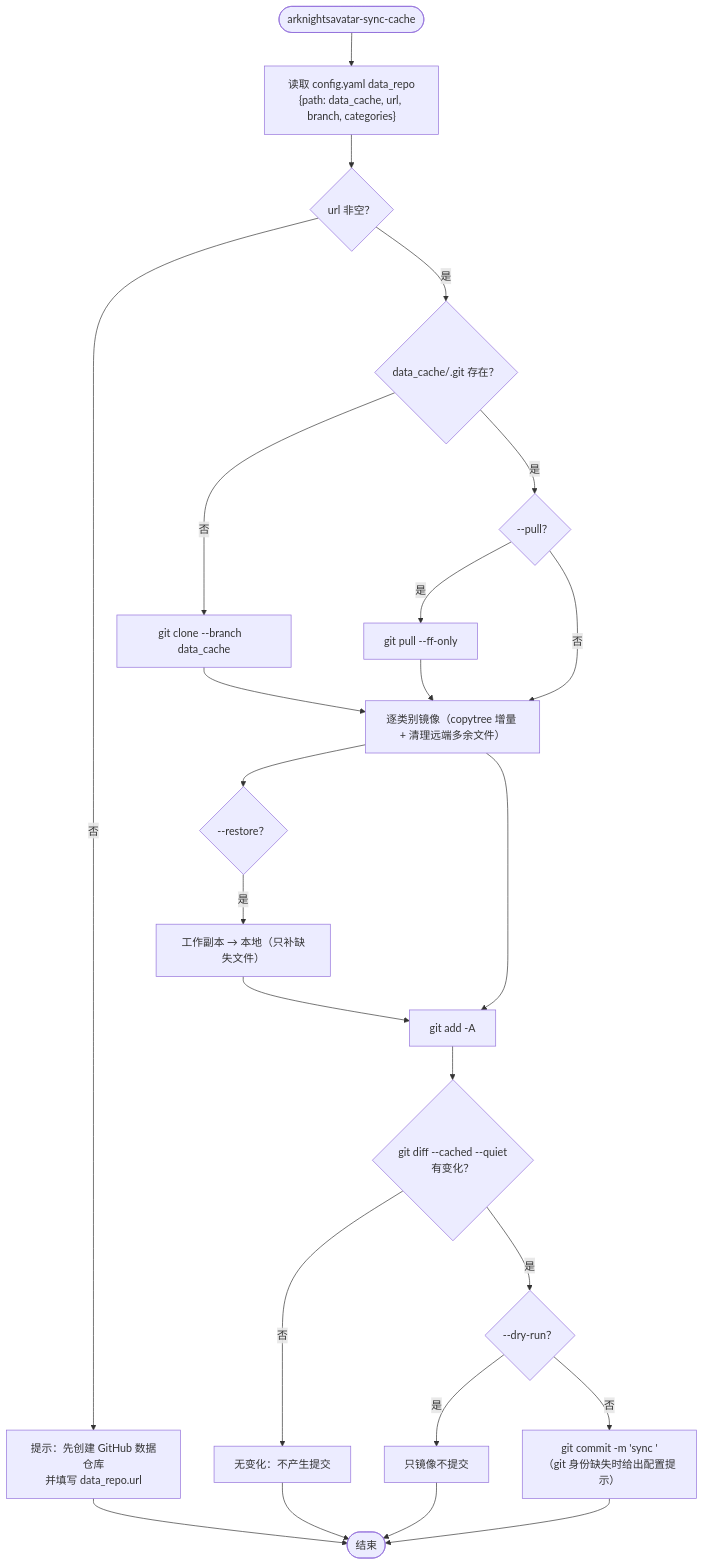
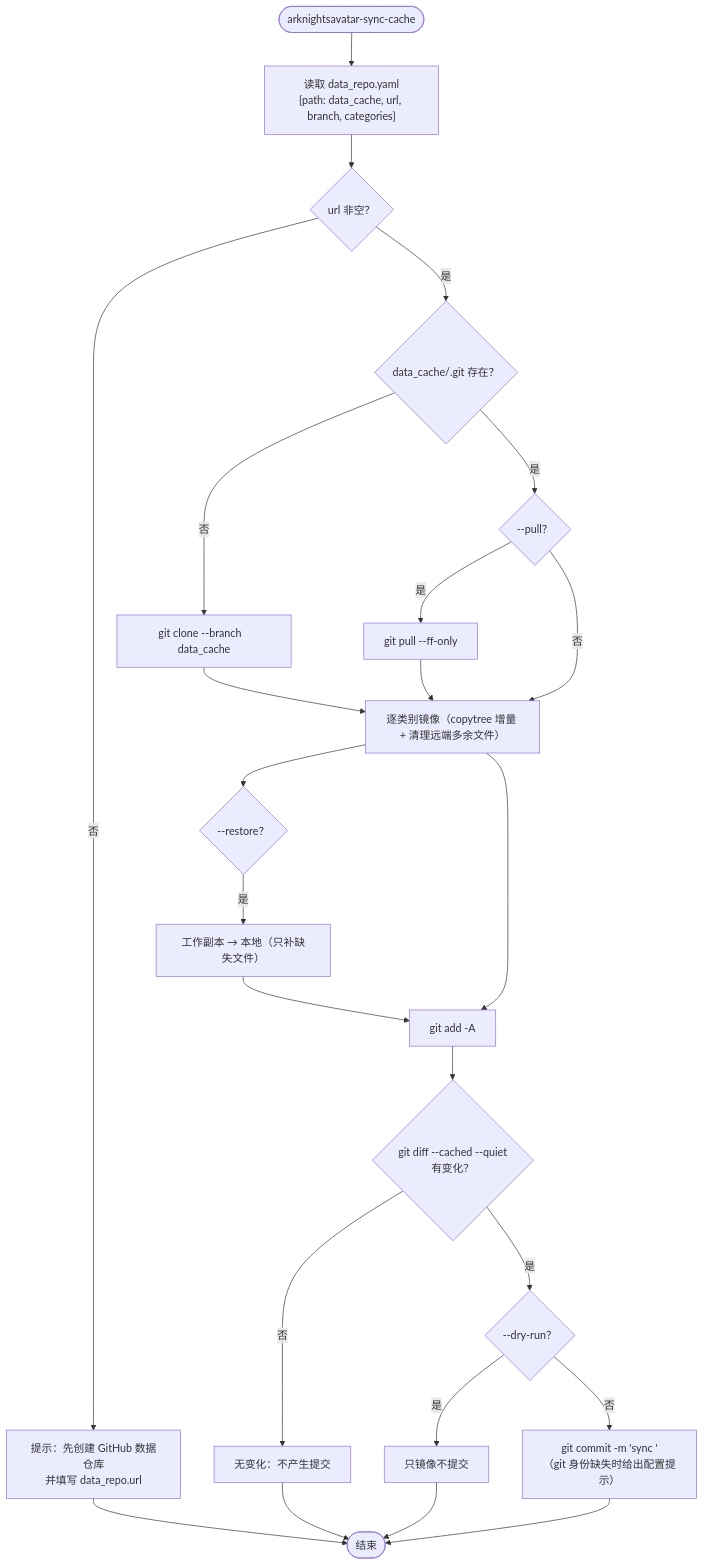
Before and after one commit to Arkfans/ArknightsAvatar: diagram 11 of 11 in docs/生产流程图.md, drawn with Mermaid. The commit also changed other lines of this file and 11 other files, not shown here.

First line of the commit message:
refactor: 拆分 config.yaml 为 config.toml 与 data_repo.yaml

````diff
--- a/docs/生产流程图.md
+++ b/docs/生产流程图.md
@@ -304,26 +304,26 @@
 ```mermaid
 flowchart TD
-    Start(["arknightsavatar-sync-cache"]) --> Cfg["读取 config.yaml data_repo<br/>{path: data_cache, url, branch, categories}"]
+    Start(["arknightsavatar-sync-cache"]) --> Cfg["读取 data_repo.yaml<br/>{path: data_cache, url, branch, categories}"]
     Cfg --> Url{"url 非空？"}
     Url -->|"否"| Hint["提示：先创建 GitHub 数据仓库<br/>并填写 data_repo.url"]
     Url -->|"是"| Repo{"data_cache/.git 存在？"}
     Repo -->|"否"| Clone["git clone --branch <branch> <url> data_cache"]
     Repo -->|"是"| Pull{"--pull？"}
     Pull -->|"是"| GitPull["git pull --ff-only"]
     Pull -->|"否"| Mirror
     Clone --> Mirror["逐类别镜像（copytree 增量 + 清理远端多余文件）"]
     GitPull --> Mirror
     Mirror --> Restore{"--restore？"}
     Restore -->|"是"| Rest["工作副本 → 本地（只补缺失文件）"]
     Rest --> Stage["git add -A"]
     Mirror --> Stage
     Stage --> Diff{"git diff --cached --quiet<br/>有变化？"}
     Diff -->|"否"| Noop["无变化：不产生提交"]
     Diff -->|"是"| Dry{"--dry-run？"}
     Dry -->|"是"| SkipCommit["只镜像不提交"]
     Dry -->|"否"| Commit["git commit -m 'sync <UTC时间>'<br/>（git 身份缺失时给出配置提示）"]
     Hint --> End(["结束"])
     Noop --> End
     SkipCommit --> End
     Commit --> End
 ```
````
